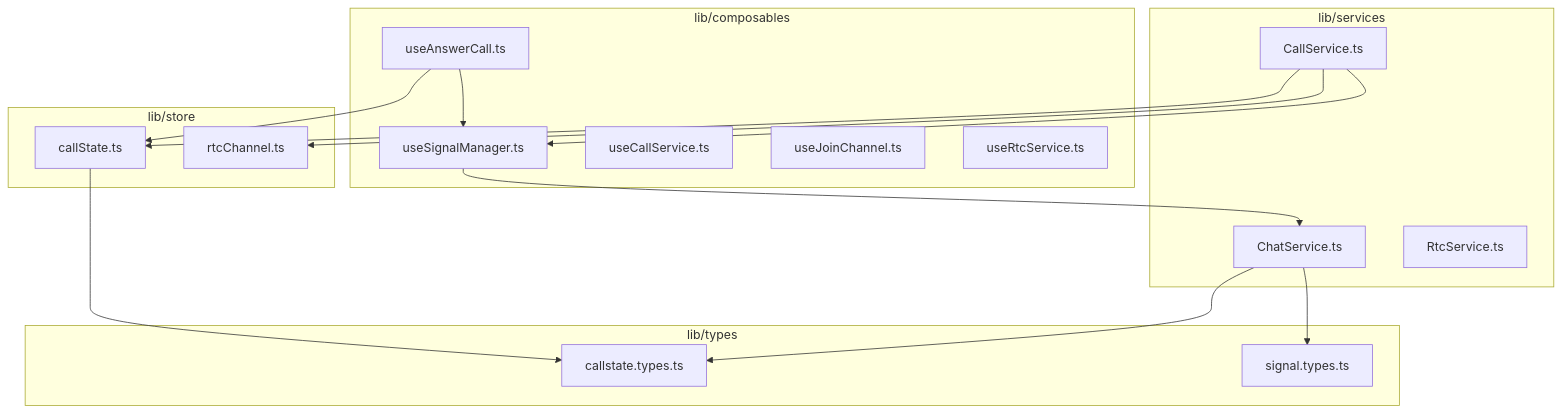
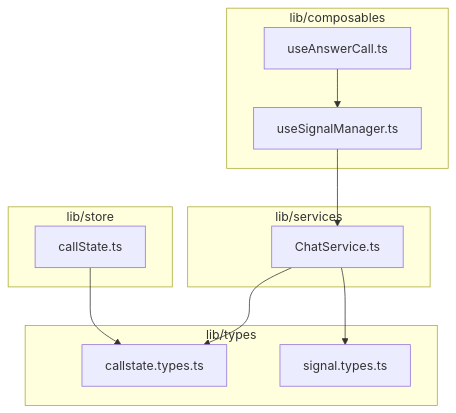
Before and after one commit to Easemob-Community/easemob-uikit-callkit-vue3: the first of 6 diagrams in .qoder/repowiki/zh/content/高级功能/信令实现机制/信令管理 API.md, drawn with Mermaid. The commit also changed other lines of this file and 6 other files, not shown here.

````diff
--- a/.qoder/repowiki/zh/content/高级功能/信令实现机制/信令管理 API.md
+++ b/.qoder/repowiki/zh/content/高级功能/信令实现机制/信令管理 API.md
@@ -44,32 +42,22 @@
 ```mermaid
 graph TB
 subgraph "lib/composables"
 SM[useSignalManager.ts]
 AC[useAnswerCall.ts]
-CS[useCallService.ts]
-JC[useJoinChannel.ts]
-RC[useRtcService.ts]
 end
 subgraph "lib/services"
-CHS[ChatService.ts]
-CLS[CallService.ts]
-RTS[RtcService.ts]
+CS[ChatService.ts]
 end
 subgraph "lib/store"
 CST[callState.ts]
-RCS[rtcChannel.ts]
 end
 subgraph "lib/types"
 CT[callstate.types.ts]
 ST[signal.types.ts]
 end
-SM --> CHS
+SM --> CS
 AC --> SM
-AC --> CST
-CLS --> SM
-CLS --> CST
-CLS --> RCS
-CHS --> CT
-CHS --> ST
+CS --> CT
+CS --> ST
 CST --> CT
 ```
````
